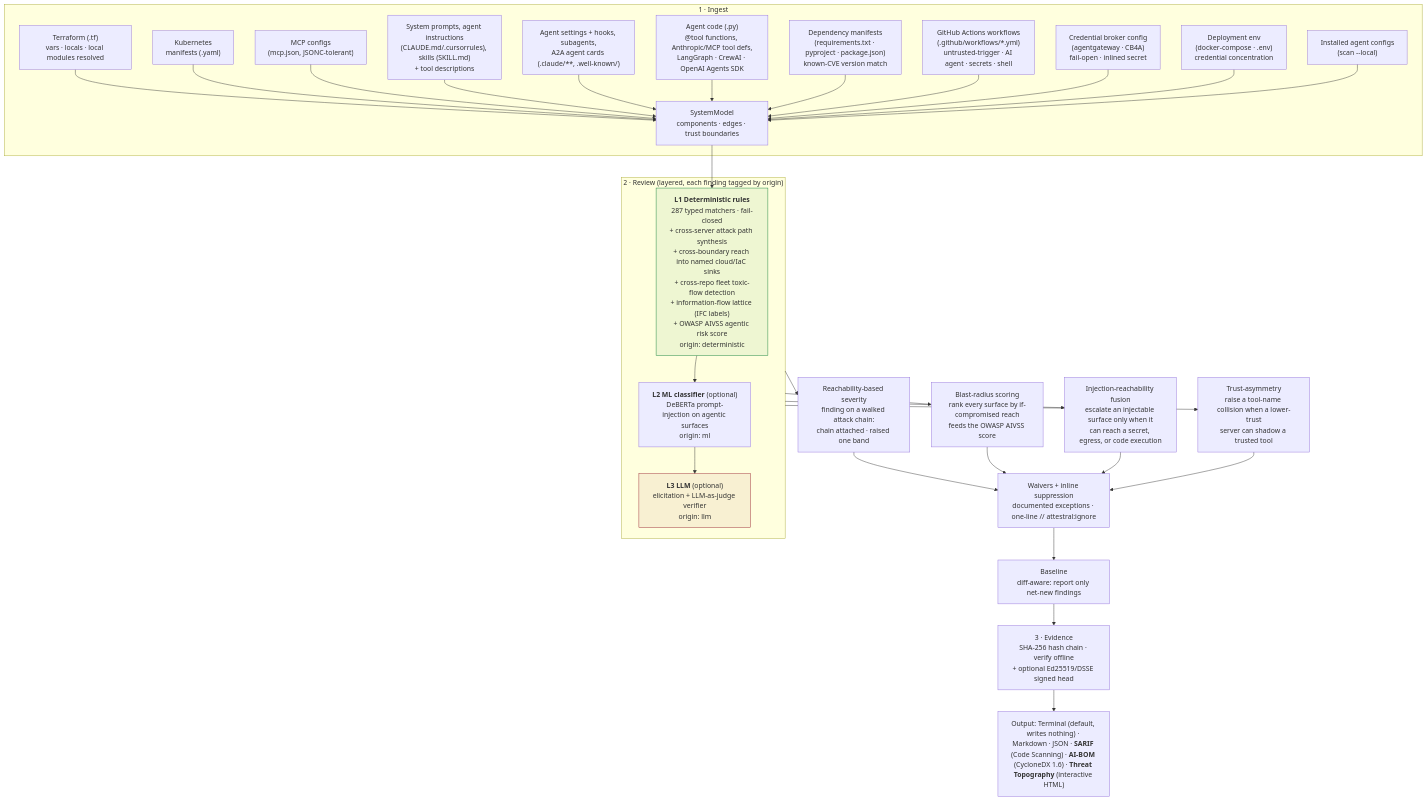
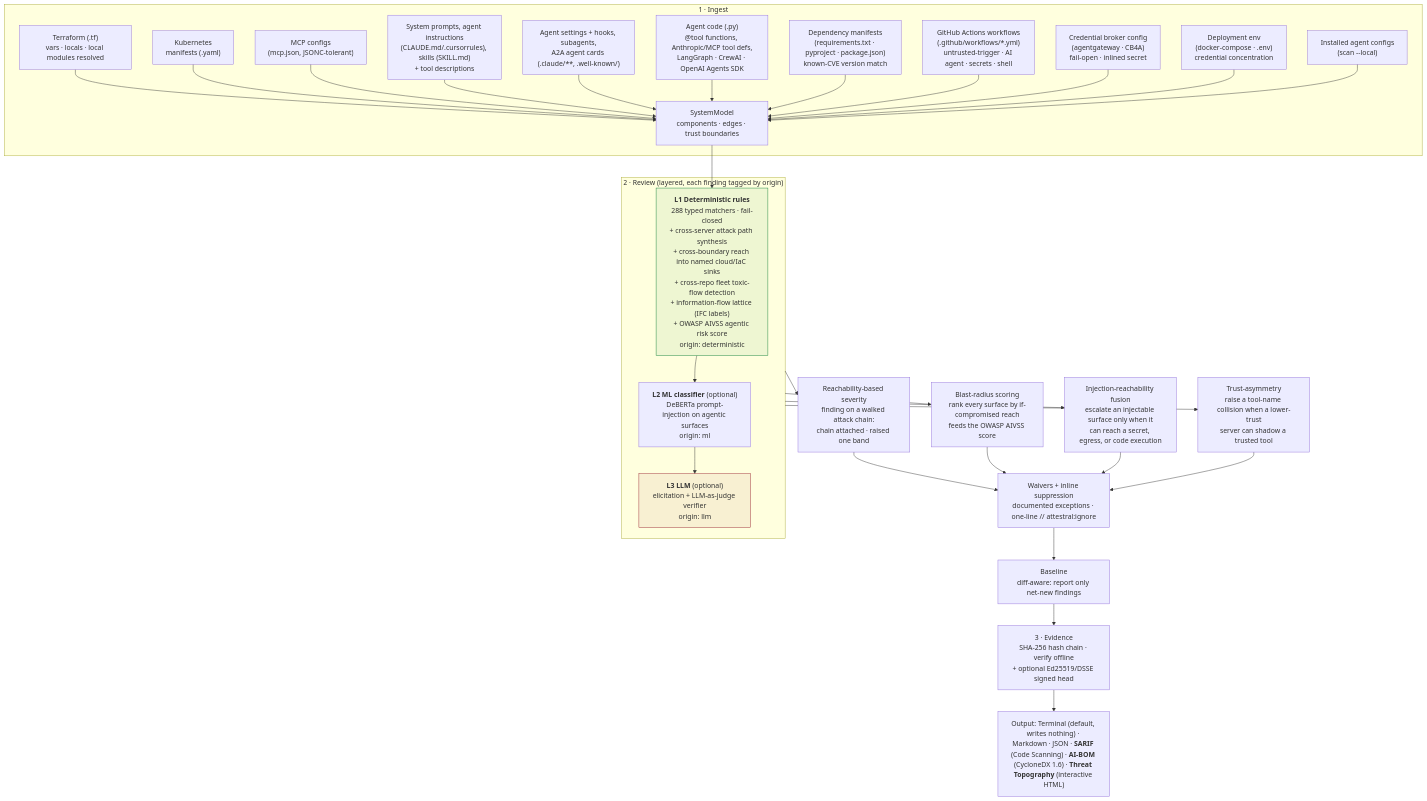
One commit to attestral-labs/attestral changed the first of 5 diagrams in README.md. Above: the diagram before and after it, drawn with Mermaid. The commit also changed other lines of this file and 11 other files, not shown here.

````diff
--- a/README.md
+++ b/README.md
@@ -124,37 +124,37 @@
 ```mermaid
 flowchart TB
     subgraph ING["1 · Ingest"]
         TF["Terraform (.tf)<br/>vars · locals · local modules resolved"] --> M
         K8S["Kubernetes<br/>manifests (.yaml)"] --> M
         MCP["MCP configs<br/>(mcp.json, JSONC-tolerant)"] --> M
         SP["System prompts, agent instructions<br/>(CLAUDE.md/.cursorrules), skills (SKILL.md)<br/>+ tool descriptions"] --> M
         AC["Agent settings + hooks, subagents,<br/>A2A agent cards (.claude/**, .well-known/)"] --> M
         CODE["Agent code (.py)<br/>@tool functions, Anthropic/MCP tool defs,<br/>LangGraph · CrewAI · OpenAI Agents SDK"] --> M
         DEP["Dependency manifests<br/>(requirements.txt · pyproject · package.json)<br/>known-CVE version match"] --> M
         GHA["GitHub Actions workflows<br/>(.github/workflows/*.yml)<br/>untrusted-trigger · AI agent · secrets · shell"] --> M
         GW["Credential broker config<br/>(agentgateway · CB4A)<br/>fail-open · inlined secret"] --> M
         DENV["Deployment env<br/>(docker-compose · .env)<br/>credential concentration"] --> M
         LC["Installed agent configs<br/>(scan --local)"] --> M
         M["SystemModel<br/>components · edges · trust boundaries"]
     end
     M --> L1
     subgraph REV["2 · Review (layered, each finding tagged by origin)"]
-        L1["<b>L1 Deterministic rules</b><br/>287 typed matchers · fail-closed<br/>+ cross-server attack path synthesis<br/>+ cross-boundary reach into named cloud/IaC sinks<br/>+ cross-repo fleet toxic-flow detection<br/>+ information-flow lattice (IFC labels)<br/>+ OWASP AIVSS agentic risk score<br/>origin: deterministic"]
+        L1["<b>L1 Deterministic rules</b><br/>288 typed matchers · fail-closed<br/>+ cross-server attack path synthesis<br/>+ cross-boundary reach into named cloud/IaC sinks<br/>+ cross-repo fleet toxic-flow detection<br/>+ information-flow lattice (IFC labels)<br/>+ OWASP AIVSS agentic risk score<br/>origin: deterministic"]
         L2["<b>L2 ML classifier</b> (optional)<br/>DeBERTa prompt-injection on agentic surfaces<br/>origin: ml"]
         L3["<b>L3 LLM</b> (optional)<br/>elicitation + LLM-as-judge verifier<br/>origin: llm"]
         L1 --> L2 --> L3
     end
     REV --> RS["Reachability-based severity<br/>finding on a walked attack chain:<br/>chain attached · raised one band"]
     REV --> BR["Blast-radius scoring<br/>rank every surface by if-compromised reach<br/>feeds the OWASP AIVSS score"]
     REV --> IR["Injection-reachability fusion<br/>escalate an injectable surface only when it<br/>can reach a secret, egress, or code execution"]
     REV --> TA["Trust-asymmetry<br/>raise a tool-name collision when a lower-trust<br/>server can shadow a trusted tool"]
     RS --> W["Waivers + inline suppression<br/>documented exceptions · one-line // attestral:ignore"]
     BR --> W
     IR --> W
     TA --> W
     W --> BL["Baseline<br/>diff-aware: report only net-new findings"]
     BL --> EV["3 · Evidence<br/>SHA-256 hash chain · verify offline<br/>+ optional Ed25519/DSSE signed head"]
     EV --> OUT["Output: Terminal (default, writes nothing) · Markdown · JSON · <b>SARIF</b> (Code Scanning) · <b>AI-BOM</b> (CycloneDX 1.6) · <b>Threat Topography</b> (interactive HTML)"]
     style L1 fill:#0a7d3611,stroke:#0a7d36
     style L3 fill:#96222E11,stroke:#96222E
 ```
````
